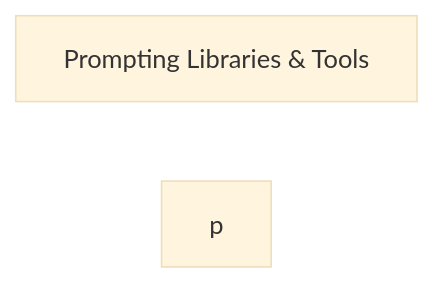
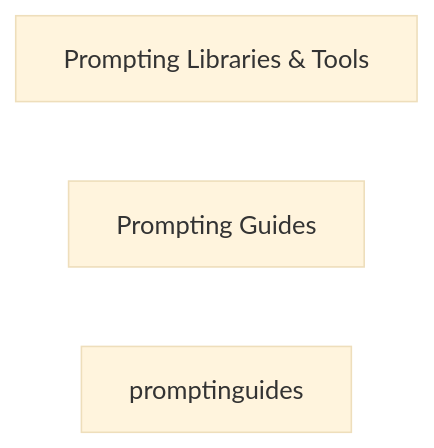
One commit to noclocks/NoClocksVault changed the diagram in AI Resources Master Resource List.md. Above: the diagram before and after it, drawn with Mermaid (base theme). The commit also changed other lines of this file, not shown here.

````diff
--- a/AI Resources Master Resource List.md
+++ b/AI Resources Master Resource List.md
@@ -39,6 +45,8 @@
 ```mermaid
 graph LR
   promptinglibs[Prompting Libraries & Tools]
-  p
-  
+  promptingguides[Prompting Guides]
+
+promptinglibs
+promptinguides
 ```
````
